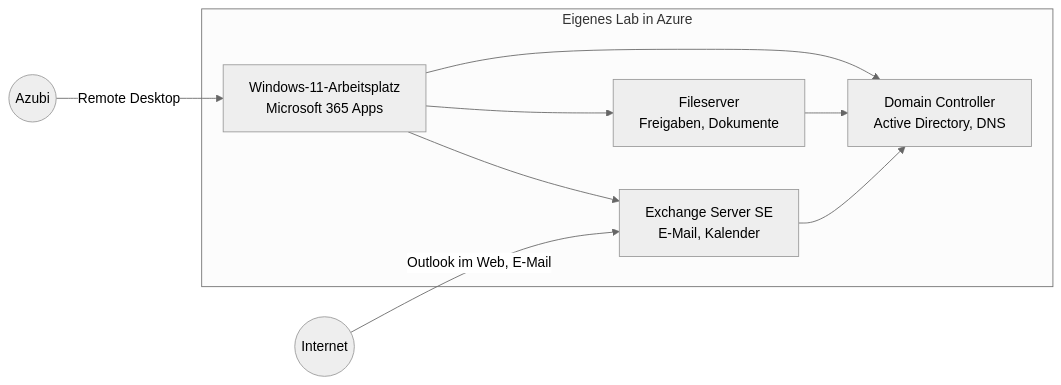
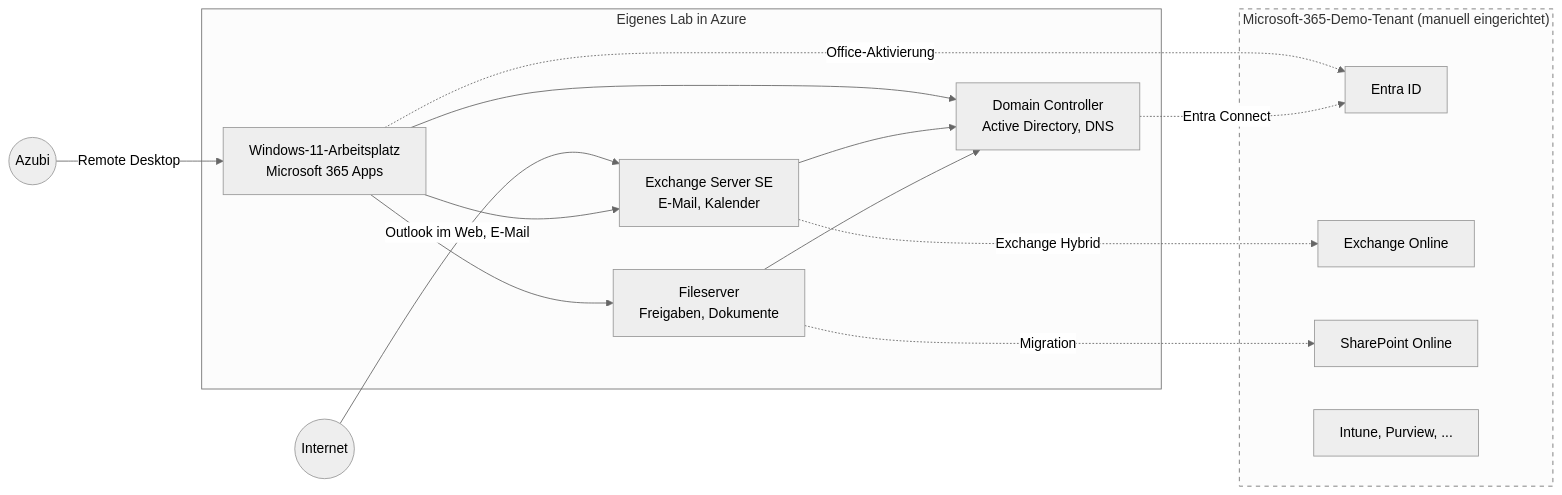
One commit to sredlin/TraineeLab changed the second of 2 diagrams in readme.md. Above: the diagram before and after it, drawn with Mermaid (neutral theme). The commit also changed other lines of this file, not shown here.

First line of the commit message:
docs(readme): show the Microsoft 365 demo tenant in the overview diagram

````diff
--- a/readme.md
+++ b/readme.md
@@ -202,16 +215,27 @@
 ```mermaid
 flowchart LR
     AZUBI((Azubi)) -->|Remote Desktop| CL
     INTERNET((Internet)) -->|Outlook im Web, E-Mail| EX
     subgraph LAB[Eigenes Lab in Azure]
         CL[Windows-11-Arbeitsplatz<br/>Microsoft 365 Apps]
         DC[Domain Controller<br/>Active Directory, DNS]
         EX[Exchange Server SE<br/>E-Mail, Kalender]
         FS[Fileserver<br/>Freigaben, Dokumente]
         CL --> EX
         CL --> FS
         CL --> DC
         EX --> DC
         FS --> DC
     end
+    subgraph M365["Microsoft-365-Demo-Tenant (manuell eingerichtet)"]
+        ENTRA[Entra ID]
+        EXO[Exchange Online]
+        SPO[SharePoint Online]
+        MORE["Intune, Purview, ..."]
+    end
+    CL -.->|Office-Aktivierung| ENTRA
+    DC -.->|Entra Connect| ENTRA
+    EX -.->|Exchange Hybrid| EXO
+    FS -.->|Migration| SPO
+    style M365 stroke-dasharray: 5 5
 ```
````
